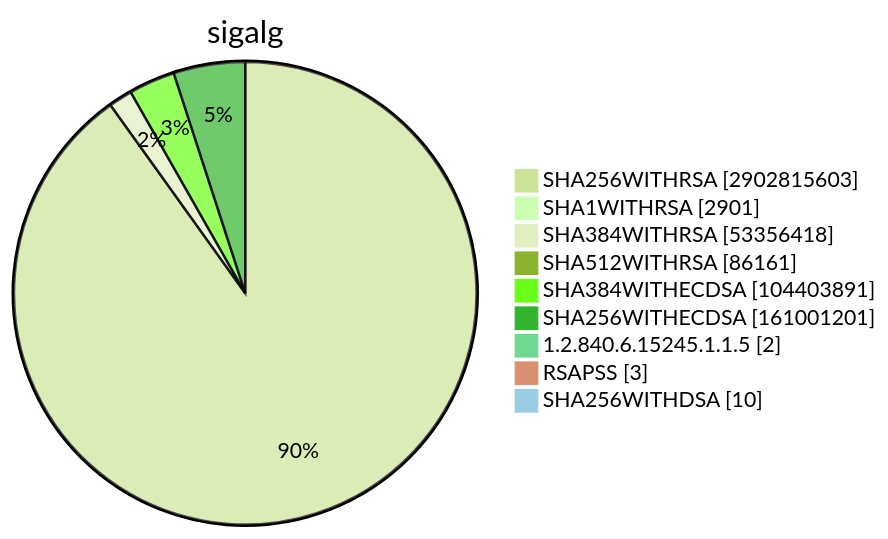
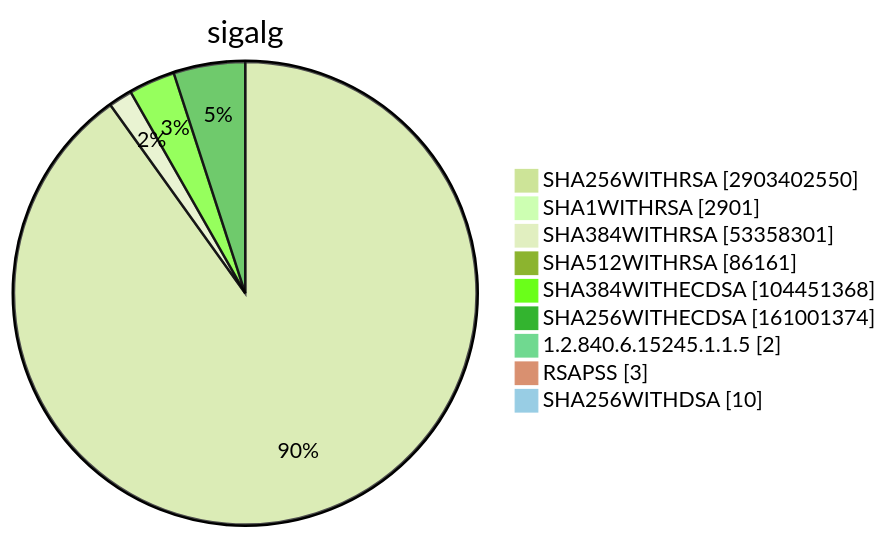
Diagram 15 of 15 in TOTAL/README.md (christiankrug/ctmonitor_visualization), drawn with Mermaid (forest theme) before and after one commit. The commit also changed other lines of this file, not shown here.

````diff
--- a/TOTAL/README.md
+++ b/TOTAL/README.md
@@ -6207,13 +6207,13 @@
 ```mermaid
 pie showData
 title sigalg
-"SHA256WITHRSA" :2902815603
+"SHA256WITHRSA" :2903402550
 "SHA1WITHRSA" :2901
-"SHA384WITHRSA" :53356418
+"SHA384WITHRSA" :53358301
 "SHA512WITHRSA" :86161
-"SHA384WITHECDSA" :104403891
-"SHA256WITHECDSA" :161001201
+"SHA384WITHECDSA" :104451368
+"SHA256WITHECDSA" :161001374
 "1.2.840.6.15245.1.1.5" :2
 "RSAPSS" :3
 "SHA256WITHDSA" :10
 ```
````
